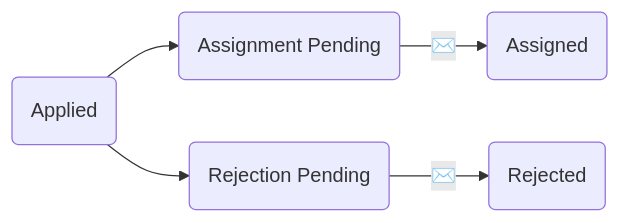
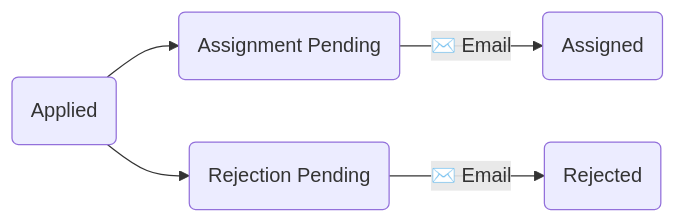
One commit to davidmreed/stave changed the first of 2 diagrams in docs/src/staffing.md. Above: the diagram before and after it, drawn with Mermaid. The commit also changed other lines of this file, not shown here.

````diff
--- a/docs/src/staffing.md
+++ b/docs/src/staffing.md
@@ -18,7 +18,7 @@
 ```mermaid
 flowchart LR
     A(Applied) --> B(Assignment Pending)
     A --> C(Rejection Pending)
-    C -->|✉️| F(Rejected)
-    B -->|✉️| Z(Assigned)
+    C -->|✉️ Email| F(Rejected)
+    B -->|✉️ Email| Z(Assigned)
 ```
````
